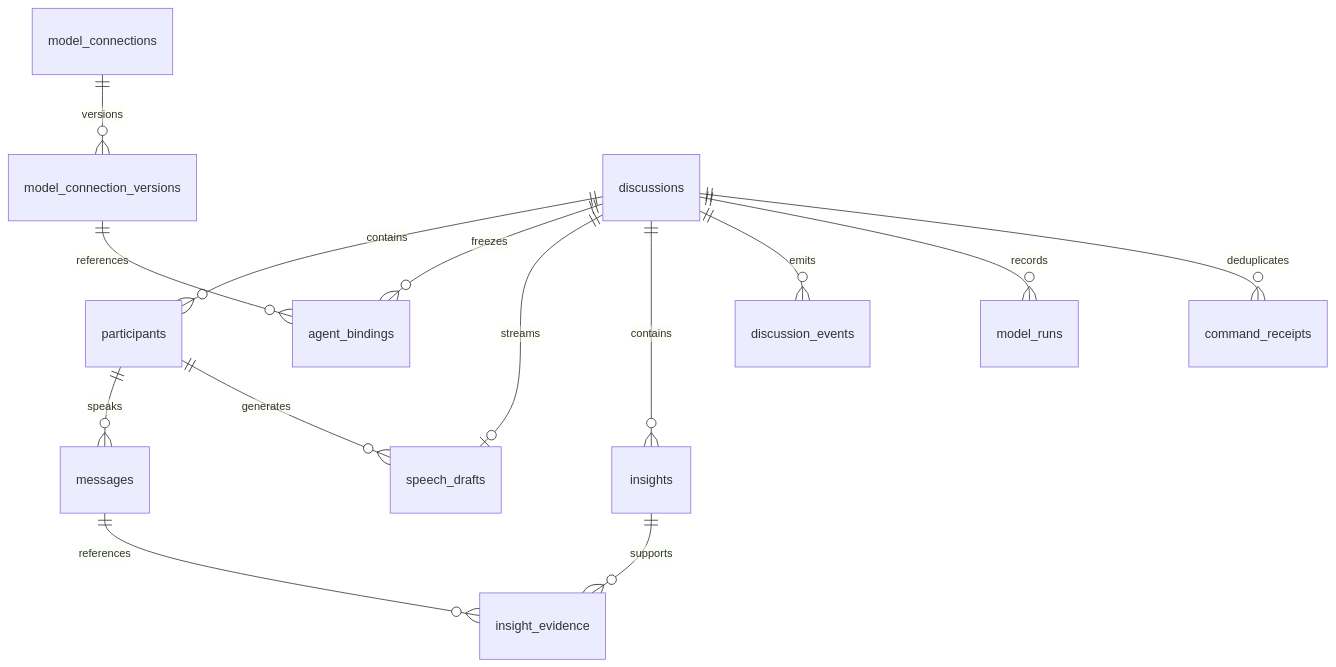
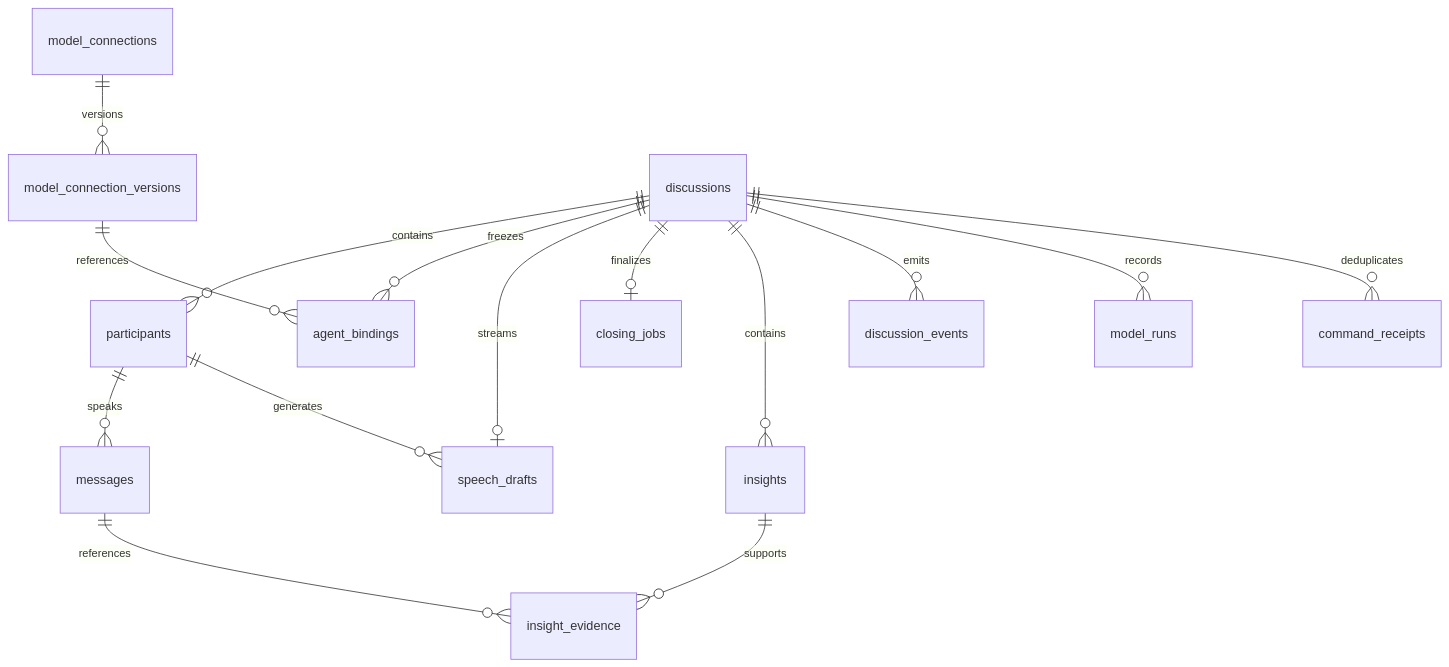
The diagram in docs/data-model.md (yuwang66666/panel-studio-roundtable), drawn with Mermaid before and after one commit. The commit also changed other lines of this file and 30 other files, not shown here.

````diff
--- a/docs/data-model.md
+++ b/docs/data-model.md
@@ -3,16 +3,17 @@
 ```mermaid
 erDiagram
   model_connections ||--o{ model_connection_versions : versions
   discussions ||--o{ participants : contains
   discussions ||--o{ agent_bindings : freezes
   model_connection_versions ||--o{ agent_bindings : references
   participants ||--o{ messages : speaks
   discussions ||--o| speech_drafts : streams
+  discussions ||--o| closing_jobs : finalizes
   participants ||--o{ speech_drafts : generates
   discussions ||--o{ insights : contains
   insights ||--o{ insight_evidence : supports
   messages ||--o{ insight_evidence : references
   discussions ||--o{ discussion_events : emits
   discussions ||--o{ model_runs : records
   discussions ||--o{ command_receipts : deduplicates
 ```
````
